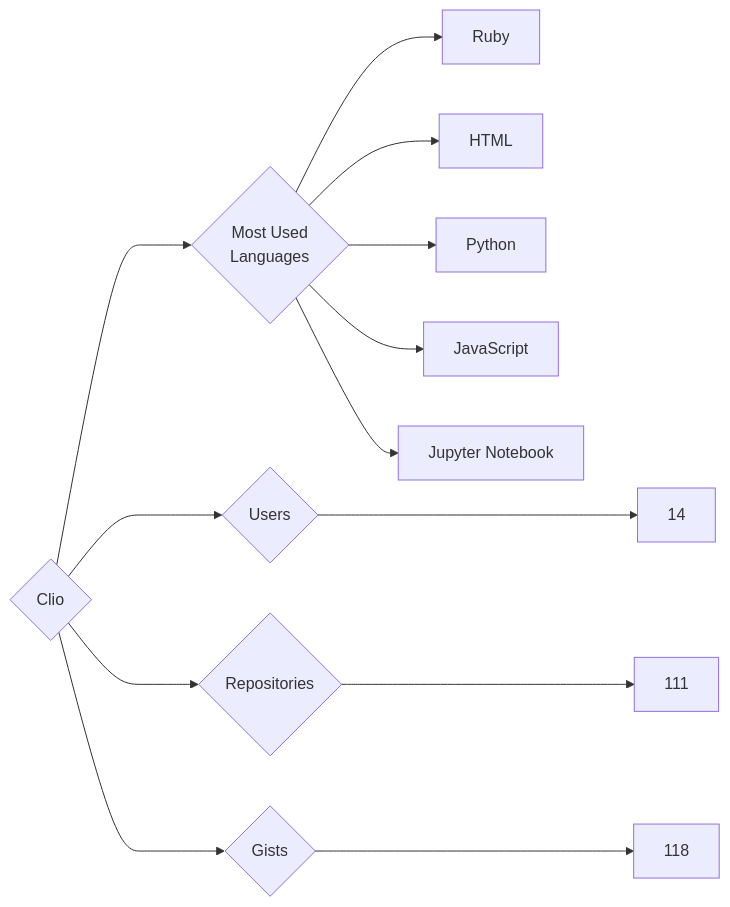
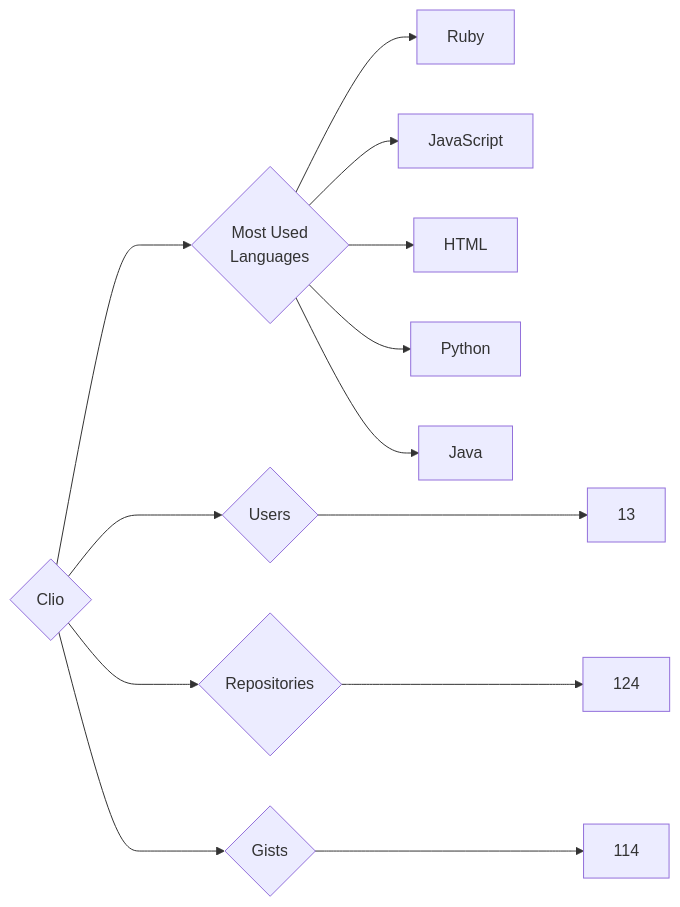
One commit to trickest/insiders changed the diagram in targets/Clio/README.md. Above: the diagram before and after it, drawn with Mermaid. The commit also changed 681 other files, not shown here.

````diff
--- a/targets/Clio/README.md
+++ b/targets/Clio/README.md
@@ -3,13 +3,13 @@
 ```mermaid
 graph LR
 COMPANY_NAME{Clio}
-COMPANY_NAME ---> U{Users} ---> UN[14]
-COMPANY_NAME ---> R{Repositories} ---> RN[111]
-COMPANY_NAME ---> G{Gists} ---> GN[118]
+COMPANY_NAME ---> U{Users} ---> UN[13]
+COMPANY_NAME ---> R{Repositories} ---> RN[124]
+COMPANY_NAME ---> G{Gists} ---> GN[114]
 COMPANY_NAME ---> ML{Most Used<br>Languages}
 ML --> Ruby[Ruby]
+ML --> JavaScript[JavaScript]
 ML --> HTML[HTML]
 ML --> Python[Python]
-ML --> JavaScript[JavaScript]
-ML --> Jupyter_Notebook[Jupyter Notebook]
+ML --> Java[Java]
 ```
````
